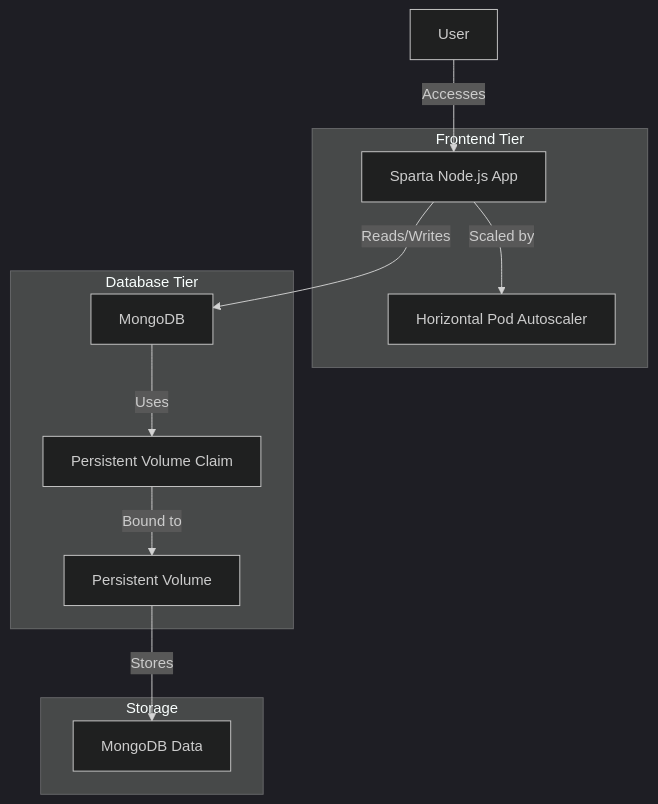
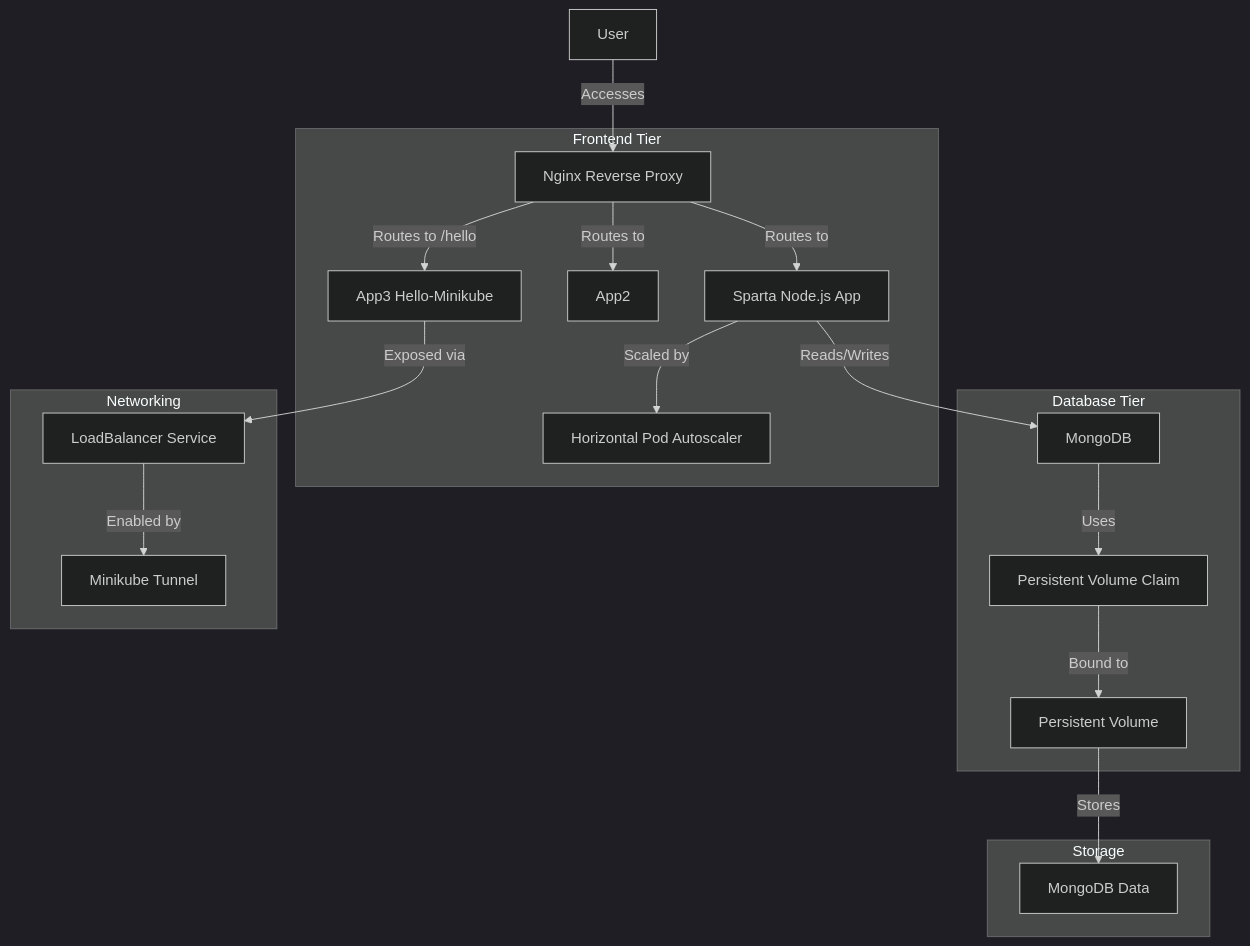
One commit to stravos97/tech501-kubernetes-guide changed the third of 5 diagrams in kubernetes-guide/code/sparta-with-pv/diagrams.md. Above: the diagram before and after it, drawn with Mermaid (dark theme). The commit also changed other lines of this file and 85 other files, not shown here.

Commit message:
refactor Kubernetes configurations: add new services and deployments for app1, app2, and app3; update sparta service and HPA; remove deprecated files

````diff
--- a/kubernetes-guide/code/sparta-with-pv/diagrams.md
+++ b/kubernetes-guide/code/sparta-with-pv/diagrams.md
@@ -52,23 +52,38 @@
 ```mermaid
 graph TD
-    A[User] -->|Accesses| B[Sparta Node.js App]
+    A[User] -->|Accesses| N[Nginx Reverse Proxy]
+    N -->|Routes to| B[Sparta Node.js App]
+    N -->|Routes to| APP2[App2]
+    N -->|Routes to /hello| APP3[App3 Hello-Minikube]
+    
     B -->|Scaled by| C[Horizontal Pod Autoscaler]
     B -->|Reads/Writes| D[MongoDB]
     D -->|Uses| E[Persistent Volume Claim]
     E -->|Bound to| F[Persistent Volume]
     
+    APP3 -->|Exposed via| LB[LoadBalancer Service]
+    LB -->|Enabled by| MT[Minikube Tunnel]
+    
     subgraph "Frontend Tier"
+    N
     B
+    APP2
+    APP3
     C
     end
     
     subgraph "Database Tier"
     D
     E
     F
     end
     
     subgraph "Storage"
     F -->|Stores| G[MongoDB Data]
     end
+    
+    subgraph "Networking"
+    LB
+    MT
+    end
 ```
````
